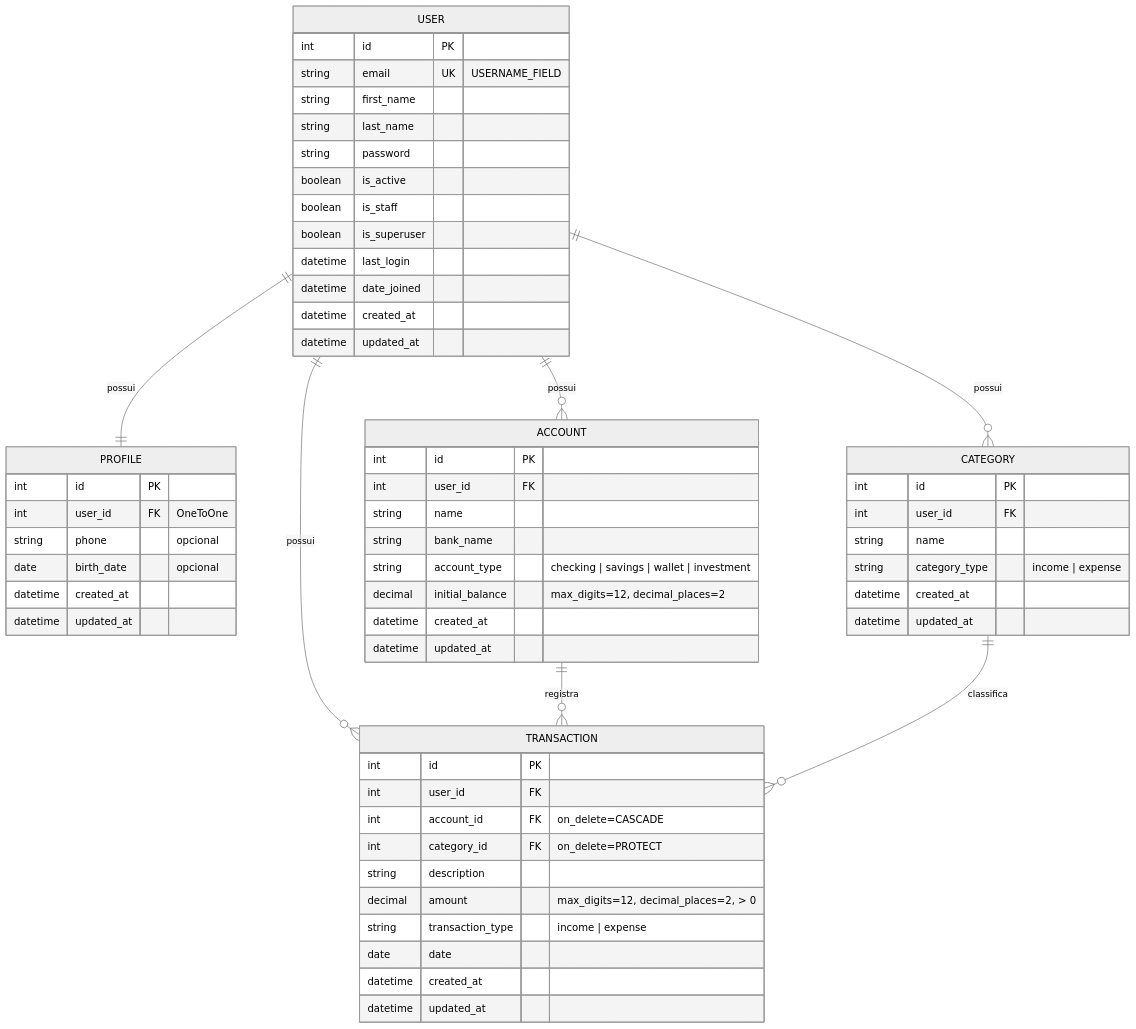
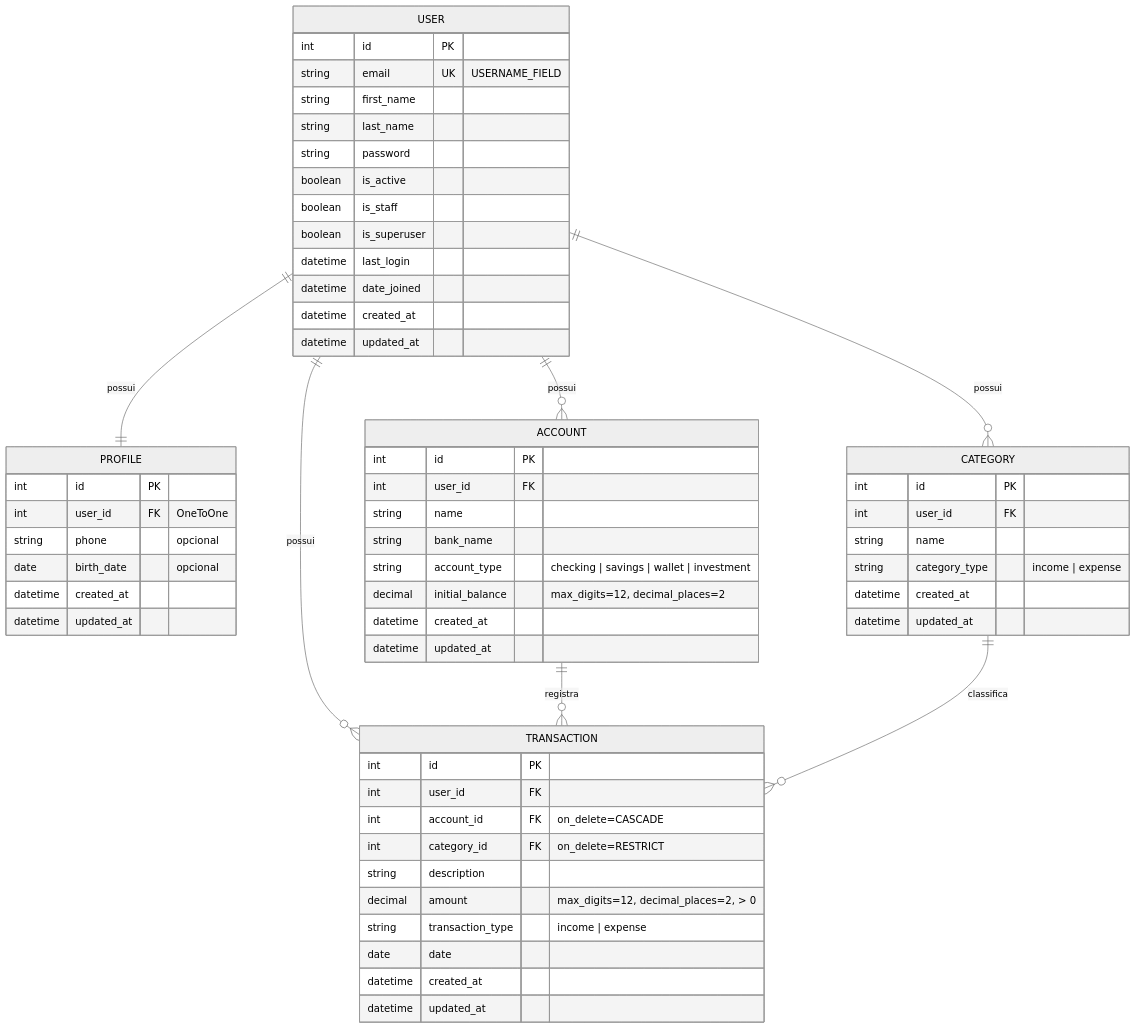
One commit to deivides/finanpy changed the second of 2 diagrams in PRD.md. Above: the diagram before and after it, drawn with Mermaid (neutral theme). The commit also changed other lines of this file and 49 other files, not shown here.

````diff
--- a/PRD.md
+++ b/PRD.md
@@ -321,66 +321,66 @@
 ```mermaid
 erDiagram
     USER ||--|| PROFILE : possui
     USER ||--o{ ACCOUNT : possui
     USER ||--o{ CATEGORY : possui
     USER ||--o{ TRANSACTION : possui
     ACCOUNT ||--o{ TRANSACTION : registra
     CATEGORY ||--o{ TRANSACTION : classifica
 
     USER {
         int id PK
         string email UK "USERNAME_FIELD"
         string first_name
         string last_name
         string password
         boolean is_active
         boolean is_staff
         boolean is_superuser
         datetime last_login
         datetime date_joined
         datetime created_at
         datetime updated_at
     }
 
     PROFILE {
         int id PK
         int user_id FK "OneToOne"
         string phone "opcional"
         date birth_date "opcional"
         datetime created_at
         datetime updated_at
     }
 
     ACCOUNT {
         int id PK
         int user_id FK
         string name
         string bank_name
         string account_type "checking | savings | wallet | investment"
         decimal initial_balance "max_digits=12, decimal_places=2"
         datetime created_at
         datetime updated_at
     }
 
     CATEGORY {
         int id PK
         int user_id FK
         string name
         string category_type "income | expense"
         datetime created_at
         datetime updated_at
     }
 
     TRANSACTION {
         int id PK
         int user_id FK
         int account_id FK "on_delete=CASCADE"
-        int category_id FK "on_delete=PROTECT"
+        int category_id FK "on_delete=RESTRICT"
         string description
         decimal amount "max_digits=12, decimal_places=2, > 0"
         string transaction_type "income | expense"
         date date
         datetime created_at
         datetime updated_at
     }
 ```
````
